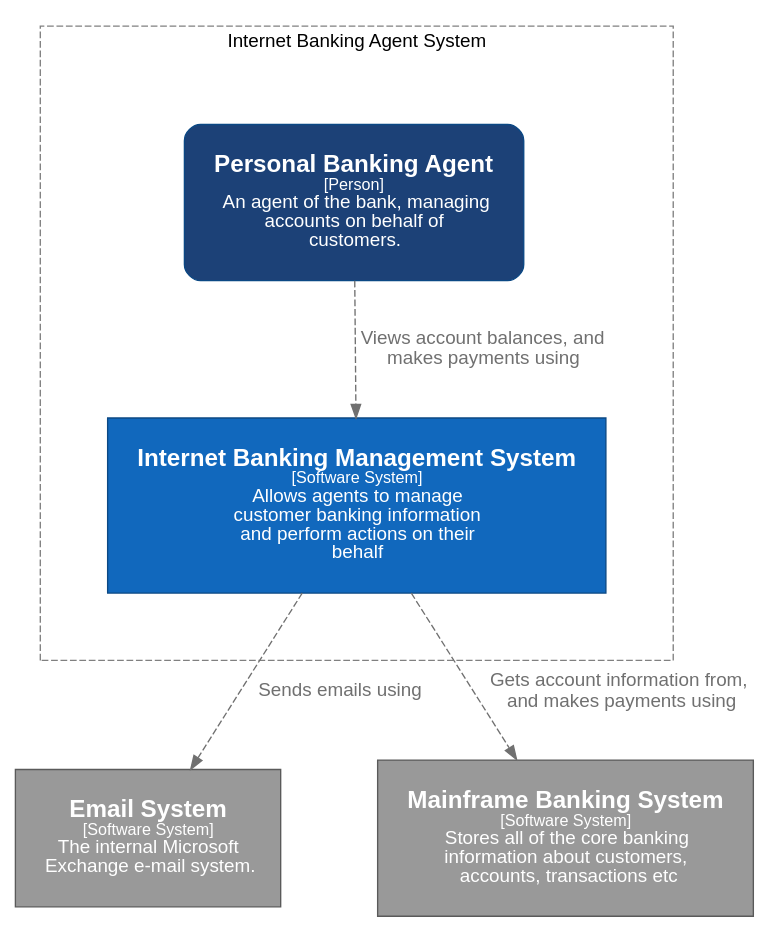
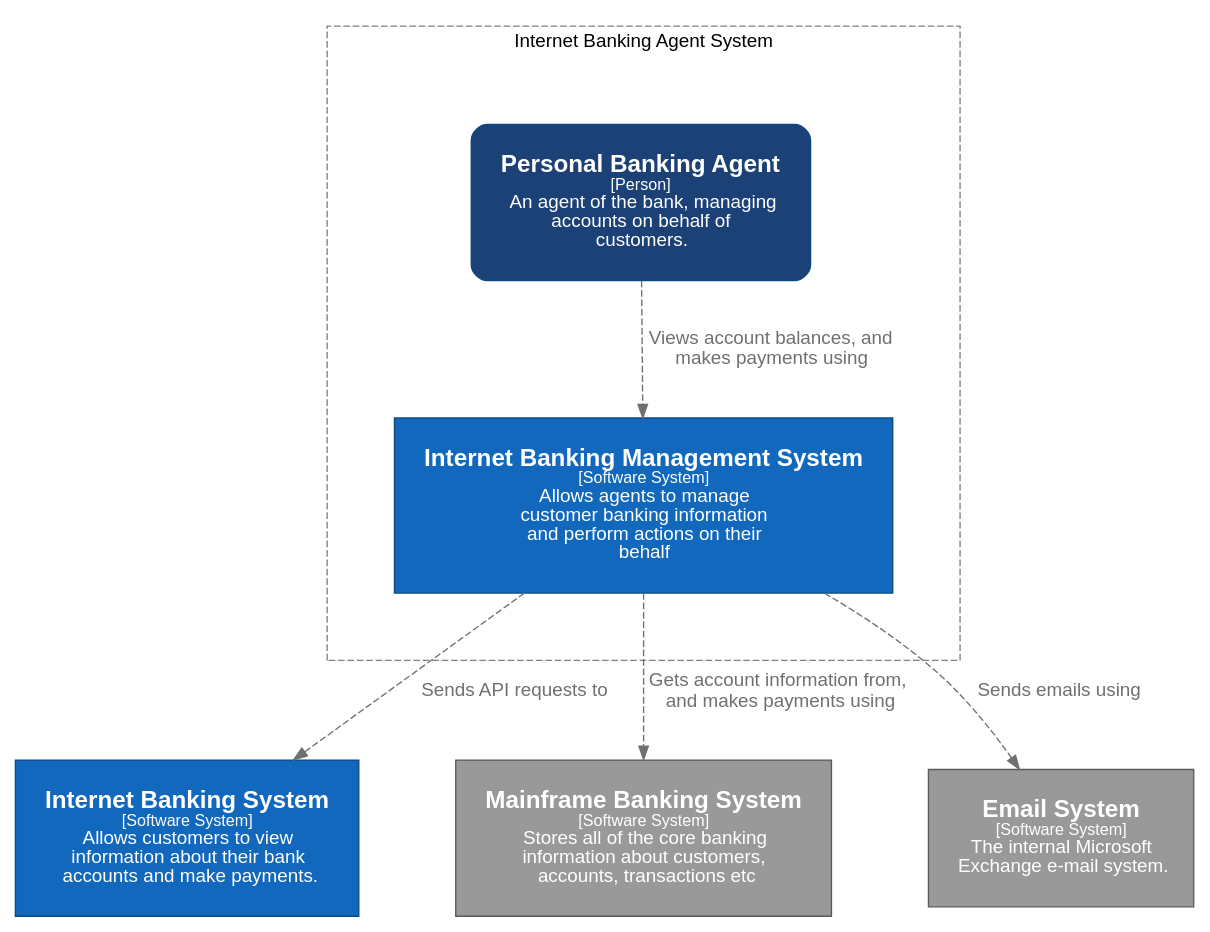
The diagram in packages/graphviz/src/__stubs__/internetBankingAgent.c1.dot (c4mjs/c4mjs), drawn with Graphviz before and after one commit. The commit also changed 10 other files, not shown here.

```diff
--- a/packages/graphviz/src/__stubs__/internetBankingAgent.c1.dot
+++ b/packages/graphviz/src/__stubs__/internetBankingAgent.c1.dot
@@ -1,56 +1,66 @@
 digraph {
     compound=true
     graph [fontname="Arial", rankdir=TB, ranksep=1.0, nodesep=1.0]
     node [fontname="Arial", shape=box, margin="0.3,0.3"]
     edge [fontname="Arial"]
 
     subgraph cluster_internetBankingAgent {
         label = "Internet Banking Agent System"
         style = "dashed"
         color = "grey"
         margin="50,50"
         
         internetBankingAgent__internetBankingManagementSystem [
         id="internetBankingAgent__internetBankingManagementSystem",
         shape="rectangle",
         label=<<font point-size="18"><b>Internet Banking Management System</b></font><br /><font point-size="12">[Software System]</font><br /><font point-size="14">  Allows agents to manage <br />customer banking information <br />and perform actions on their <br />behalf</font>>,
         style="filled",
         color="#0b4884",
         fillcolor="#1168bd",
         fontcolor="#ffffff"
     ]
 internetBankingAgent__agent [
         id="internetBankingAgent__agent",
         shape="rectangle",
         label=<<font point-size="18"><b>Personal Banking Agent</b></font><br /><font point-size="12">[Person]</font><br /><font point-size="14">  An agent of the bank, managing <br />accounts on behalf of <br />customers.</font>>,
         style="filled,rounded",
         color="#0b4884",
         fillcolor="#1C4177",
         fontcolor="#ffffff"
     ]
         
     }
 
-internetBanking__emailSystem [
-        id="internetBanking__emailSystem",
+internetBanking__internetBankingSystem [
+        id="internetBanking__internetBankingSystem",
         shape="rectangle",
-        label=<<font point-size="18"><b>Email System</b></font><br /><font point-size="12">[Software System]</font><br /><font point-size="14">  The internal Microsoft <br />Exchange e-mail system.</font>>,
+        label=<<font point-size="18"><b>Internet Banking System</b></font><br /><font point-size="12">[Software System]</font><br /><font point-size="14">  Allows customers to view <br />information about their bank <br />accounts and make payments.</font>>,
         style="filled",
-        color="#5a5a5a",
-        fillcolor="#999999",
+        color="#0b4884",
+        fillcolor="#1168bd",
         fontcolor="#ffffff"
     ]
 internetBanking__mainframeBankingSystem [
         id="internetBanking__mainframeBankingSystem",
         shape="rectangle",
         label=<<font point-size="18"><b>Mainframe Banking System</b></font><br /><font point-size="12">[Software System]</font><br /><font point-size="14">  Stores all of the core banking <br />information about customers, <br />accounts, transactions etc</font>>,
         style="filled",
         color="#5a5a5a",
         fillcolor="#999999",
         fontcolor="#ffffff"
     ]
-internetBankingAgent__internetBankingManagementSystem -> internetBanking__emailSystem [ id="100000", label=<<font point-size="14">  Sends emails using</font>>, style="dashed", color="#707070", fontcolor="#707070" ]
+internetBanking__emailSystem [
+        id="internetBanking__emailSystem",
+        shape="rectangle",
+        label=<<font point-size="18"><b>Email System</b></font><br /><font point-size="12">[Software System]</font><br /><font point-size="14">  The internal Microsoft <br />Exchange e-mail system.</font>>,
+        style="filled",
+        color="#5a5a5a",
+        fillcolor="#999999",
+        fontcolor="#ffffff"
+    ]
+internetBankingAgent__internetBankingManagementSystem -> internetBanking__internetBankingSystem [ id="100001", label=<<font point-size="14">  Sends API requests to</font>>, style="dashed", color="#707070", fontcolor="#707070" ]
 internetBankingAgent__internetBankingManagementSystem -> internetBanking__mainframeBankingSystem [ id="100002", label=<<font point-size="14">  Gets account information from, <br />and makes payments using</font>>, style="dashed", color="#707070", fontcolor="#707070" ]
-internetBankingAgent__agent -> internetBankingAgent__internetBankingManagementSystem [ id="100003", label=<<font point-size="14">  Views account balances, and <br />makes payments using</font>>, style="dashed", color="#707070", fontcolor="#707070" ]
+internetBankingAgent__internetBankingManagementSystem -> internetBanking__emailSystem [ id="100003", label=<<font point-size="14">  Sends emails using</font>>, style="dashed", color="#707070", fontcolor="#707070" ]
+internetBankingAgent__agent -> internetBankingAgent__internetBankingManagementSystem [ id="100005", label=<<font point-size="14">  Views account balances, and <br />makes payments using</font>>, style="dashed", color="#707070", fontcolor="#707070" ]
      
 }
```
